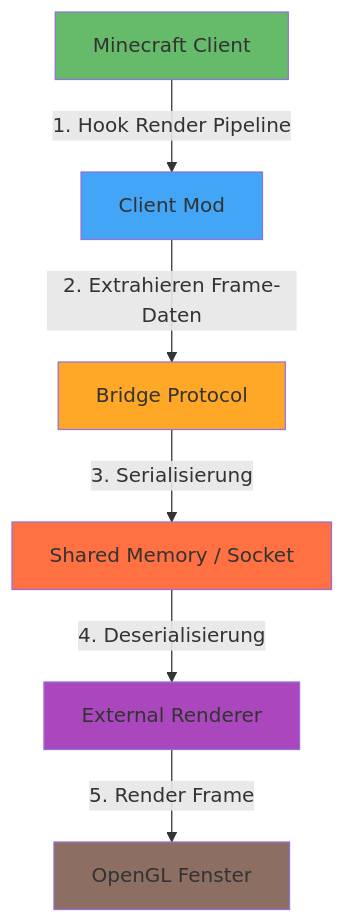
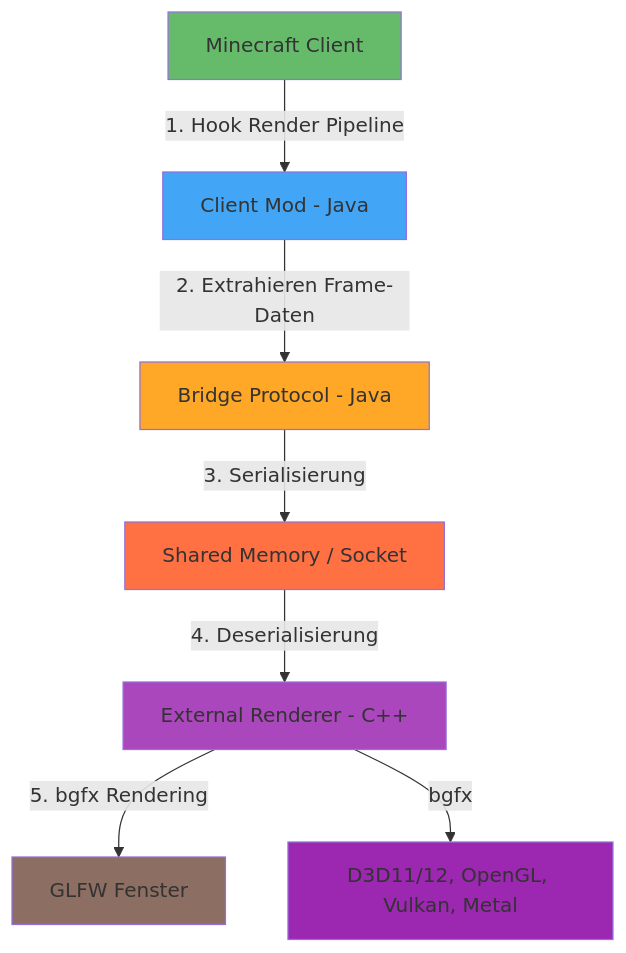
Before and after one commit to GOPROSCOUSIN100/rend: the diagram in README.md, drawn with Mermaid. The commit also changed other lines of this file and 39 other files, not shown here.

````diff
--- a/README.md
+++ b/README.md
@@ -15,15 +17,17 @@
 ```mermaid
 graph TD
-    A[Minecraft Client] -->|1. Hook Render Pipeline| B[Client Mod]
-    B -->|2. Extrahieren Frame-Daten| C[Bridge Protocol]
+    A[Minecraft Client] -->|1. Hook Render Pipeline| B[Client Mod - Java]
+    B -->|2. Extrahieren Frame-Daten| C[Bridge Protocol - Java]
     C -->|3. Serialisierung| D[Shared Memory / Socket]
-    D -->|4. Deserialisierung| E[External Renderer]
-    E -->|5. Render Frame| F[OpenGL Fenster]
+    D -->|4. Deserialisierung| E[External Renderer - C++]
+    E -->|5. bgfx Rendering| F[GLFW Fenster]
+    E -->|bgfx| G[D3D11/12, OpenGL, Vulkan, Metal]
     
     style A fill:#66bb6a
     style B fill:#42a5f5
     style C fill:#ffa726
     style D fill:#ff7043
     style E fill:#ab47bc
     style F fill:#8d6e63
+    style G fill:#9c27b0
 ```
````
